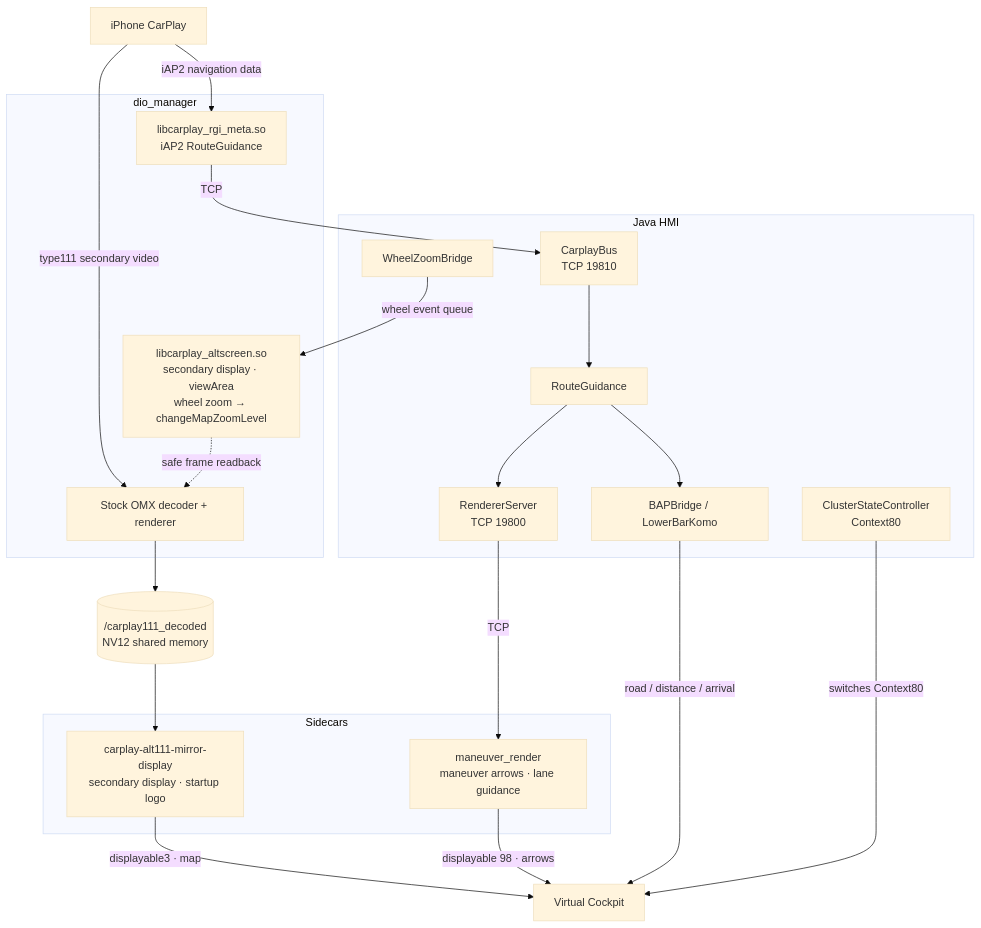
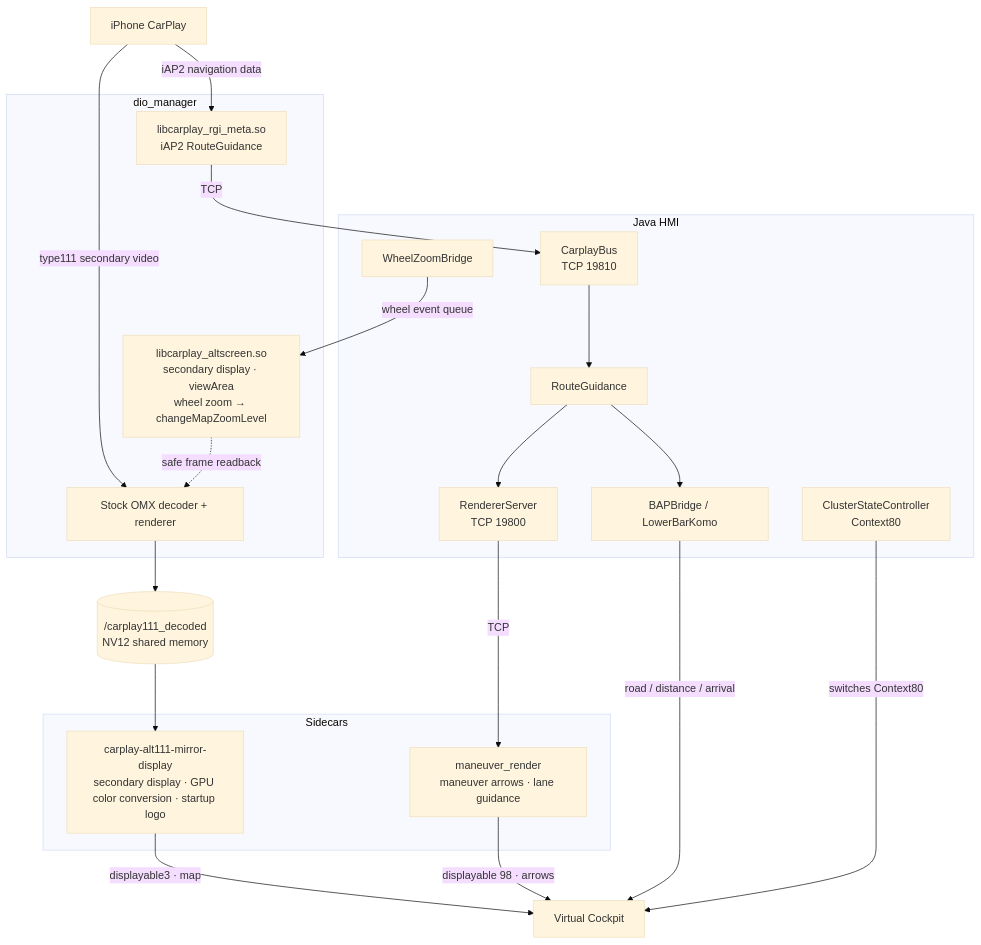
One commit to jamespan/MHI2Q-CarPlay-AltScreen changed the diagram in README_EN.md. Above: the diagram before and after it, drawn with Mermaid (base theme). The commit also changed other lines of this file and 1 other file, not shown here.

First line of the commit message:
README: 补充 GPU 颜色转换性能优化说明

````diff
--- a/README_EN.md
+++ b/README_EN.md
@@ -76,41 +77,41 @@
 ```mermaid
 flowchart TB
     iPhone["iPhone CarPlay"]
 
     subgraph DIO["dio_manager"]
         OMX["Stock OMX decoder + renderer"]
         ALT["libcarplay_altscreen.so<br/>secondary display · viewArea<br/>wheel zoom → changeMapZoomLevel"]
         RGIM["libcarplay_rgi_meta.so<br/>iAP2 RouteGuidance"]
     end
 
     SHM[("/carplay111_decoded<br/>NV12 shared memory")]
 
     subgraph HMI["Java HMI"]
         BUS["CarplayBus<br/>TCP 19810"]
         RG["RouteGuidance"]
         BAP["BAPBridge / LowerBarKomo"]
         RS["RendererServer<br/>TCP 19800"]
         CSC["ClusterStateController<br/>Context80"]
         WZ["WheelZoomBridge"]
     end
 
     subgraph SIDE["Sidecars"]
-        MIR["carplay-alt111-mirror-display<br/>secondary display · startup logo"]
+        MIR["carplay-alt111-mirror-display<br/>secondary display · GPU color conversion · startup logo"]
         MR["maneuver_render<br/>maneuver arrows · lane guidance"]
     end
 
     VC["Virtual Cockpit"]
 
     iPhone -- "type111 secondary video" --> OMX
     iPhone -- "iAP2 navigation data" --> RGIM
     ALT -. "safe frame readback" .-> OMX
     OMX --> SHM --> MIR
     RGIM -- "TCP" --> BUS --> RG
     RG --> BAP
     RG --> RS -- "TCP" --> MR
     WZ -- "wheel event queue" --> ALT
     MIR -- "displayable3 · map" --> VC
     MR -- "displayable 98 · arrows" --> VC
     BAP -- "road / distance / arrival" --> VC
     CSC -- "switches Context80" --> VC
 ```
````
